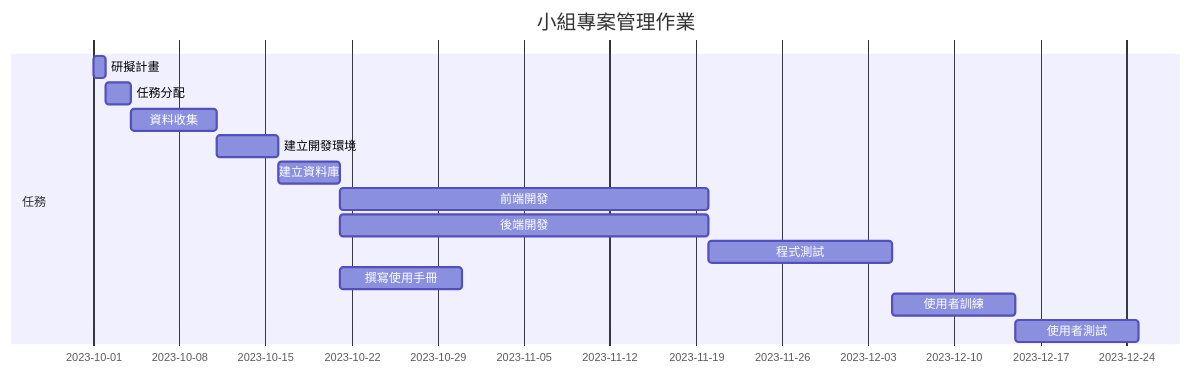
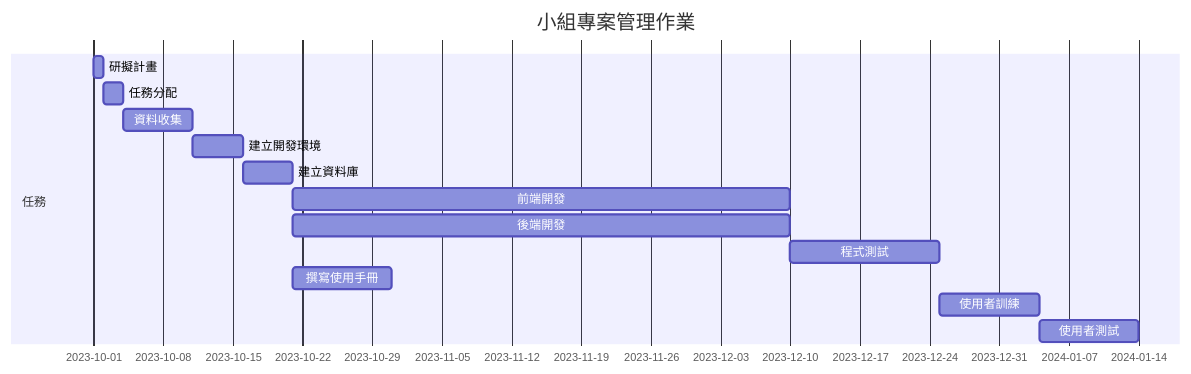
One commit to Xuan730/T5 changed the diagram in group-hw2.md. Above: the diagram before and after it, drawn with Mermaid.

````diff
--- a/group-hw2.md
+++ b/group-hw2.md
@@ -7,17 +7,17 @@
 ```mermaid
 gantt
     title 小組專案管理作業
 
     section 任務
     研擬計畫 :a1, 2023-10-01, 1d
     任務分配 :a2, after a1, 2d
     資料收集 :a3, after a2 , 7d
     建立開發環境 :a4, after a3, 5d
     建立資料庫 :a5, after a4, 5d
-    前端開發:a6,after a5, 30d
-    後端開發:a7, after a5, 30d
+    前端開發:a6,after a5, 50d
+    後端開發:a7, after a5, 50d
     程式測試 :a8, after a6、a7, 15d
     撰寫使用手冊 :a9, after a5, 10d
     使用者訓練 :a10, after a8, 10d
     使用者測試 : a11, after a10, 10d
 ```
````
